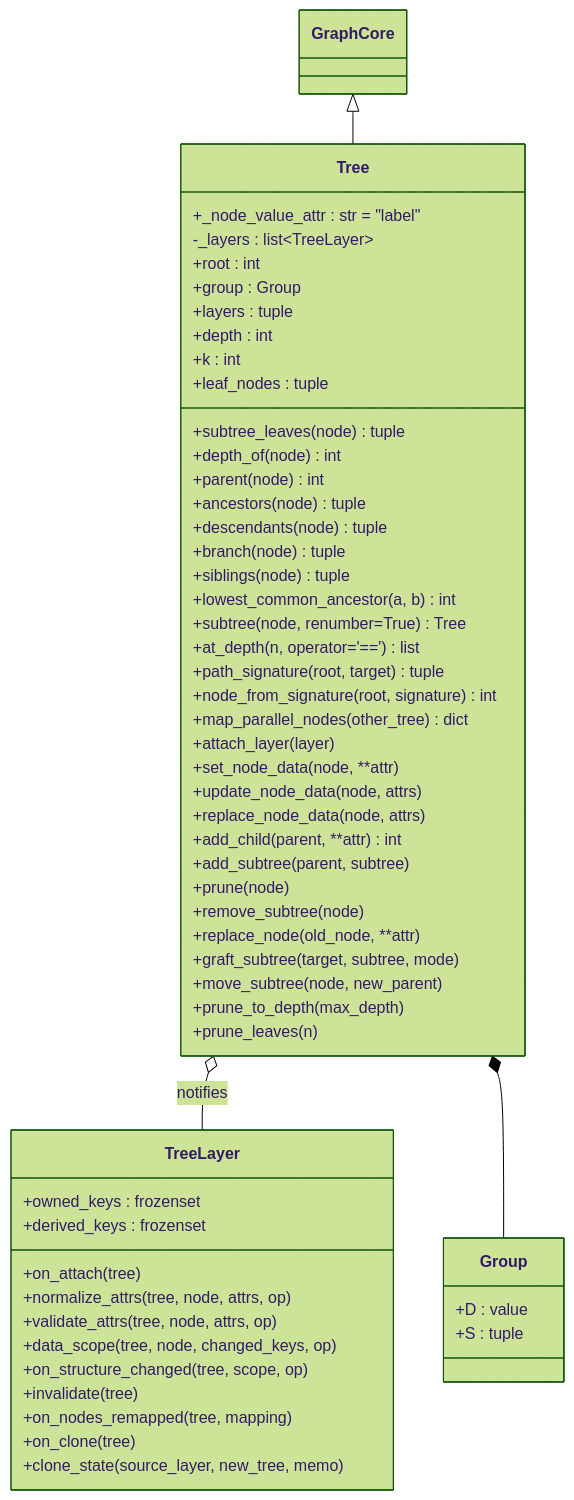
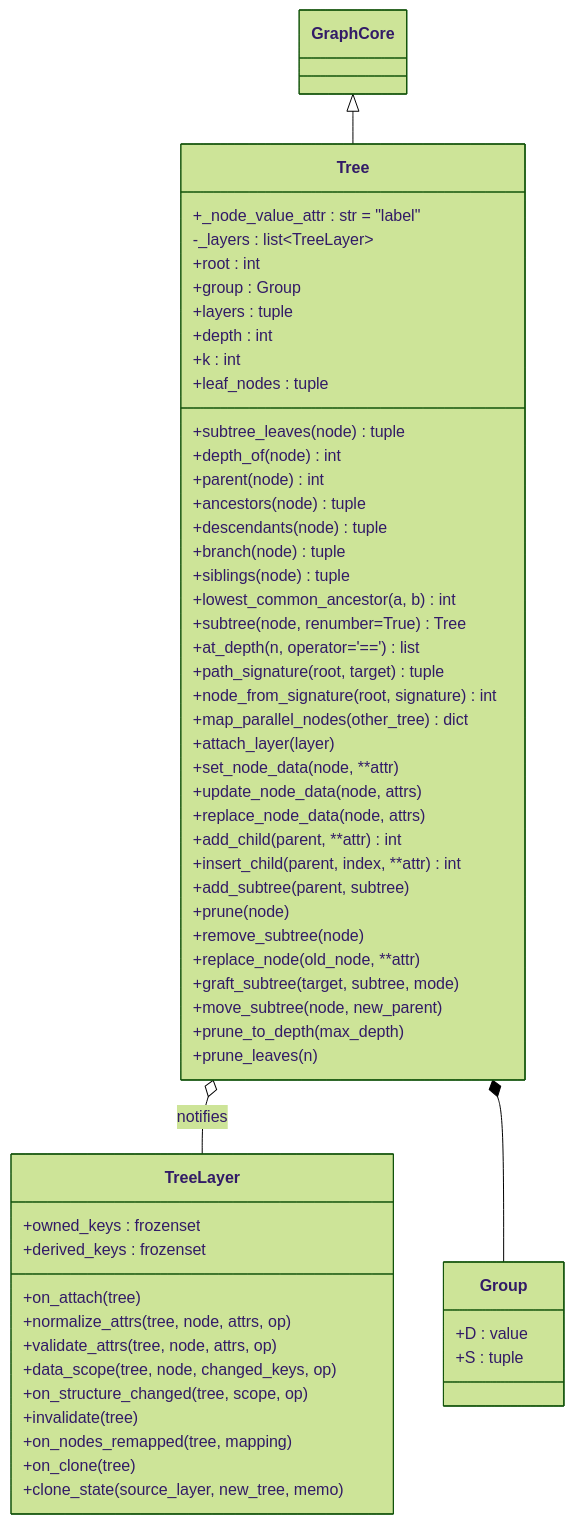
The second of 6 diagrams in docs/architecture/01_TOPOS.md (kr4g/Klotho), drawn with Mermaid (forest theme) before and after one commit. The commit also changed other lines of this file and 1 other file, not shown here.

First line of the commit message:
docs: correct chronos/topos architecture against the Chapter-4 span

````diff
--- a/docs/architecture/01_TOPOS.md
+++ b/docs/architecture/01_TOPOS.md
@@ -205,63 +205,64 @@
 ```mermaid
 classDiagram
     GraphCore <|-- Tree
 
     class Tree {
         +_node_value_attr : str = "label"
         -_layers : list~TreeLayer~
         +root : int
         +group : Group
         +layers : tuple
         +depth : int
         +k : int
         +leaf_nodes : tuple
         +subtree_leaves(node) tuple
         +depth_of(node) int
         +parent(node) int
         +ancestors(node) tuple
         +descendants(node) tuple
         +branch(node) tuple
         +siblings(node) tuple
         +lowest_common_ancestor(a, b) int
         +subtree(node, renumber=True) Tree
         +at_depth(n, operator='==') list
         +path_signature(root, target) tuple
         +node_from_signature(root, signature) int
         +map_parallel_nodes(other_tree) dict
         +attach_layer(layer)
         +set_node_data(node, **attr)
         +update_node_data(node, attrs)
         +replace_node_data(node, attrs)
         +add_child(parent, **attr) int
+        +insert_child(parent, index, **attr) int
         +add_subtree(parent, subtree)
         +prune(node)
         +remove_subtree(node)
         +replace_node(old_node, **attr)
         +graft_subtree(target, subtree, mode)
         +move_subtree(node, new_parent)
         +prune_to_depth(max_depth)
         +prune_leaves(n)
     }
 
     class TreeLayer {
         +owned_keys : frozenset
         +derived_keys : frozenset
         +on_attach(tree)
         +normalize_attrs(tree, node, attrs, op)
         +validate_attrs(tree, node, attrs, op)
         +data_scope(tree, node, changed_keys, op)
         +on_structure_changed(tree, scope, op)
         +invalidate(tree)
         +on_nodes_remapped(tree, mapping)
         +on_clone(tree)
         +clone_state(source_layer, new_tree, memo)
     }
 
     class Group {
         +D : value
         +S : tuple
     }
 
     Tree o-- TreeLayer : notifies
     Tree *-- Group
 ```
````
